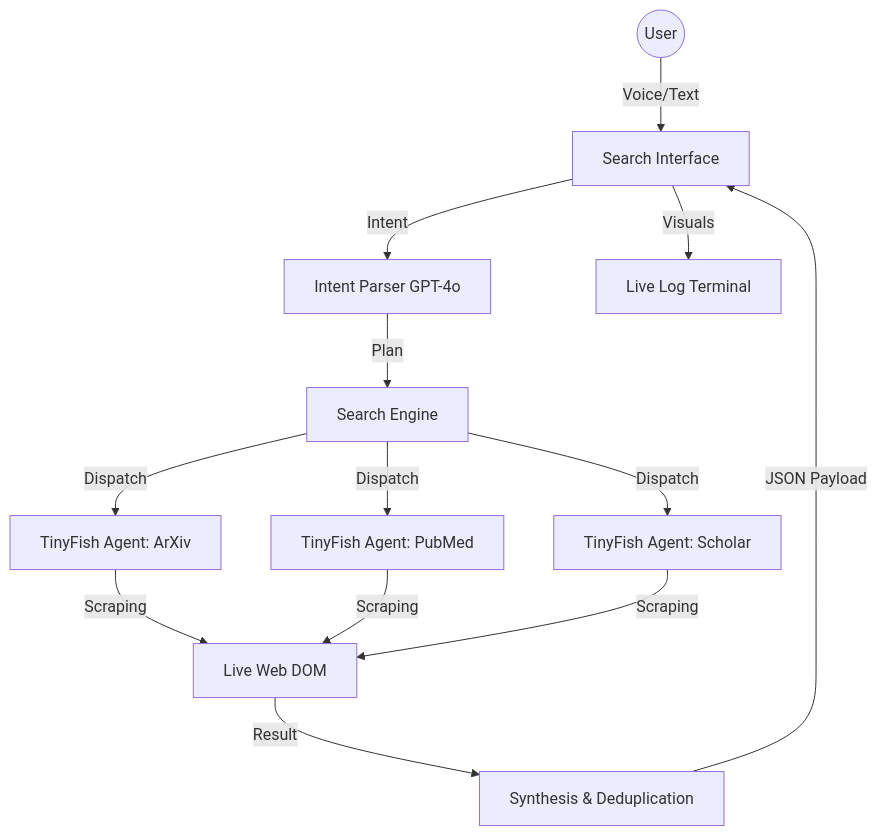
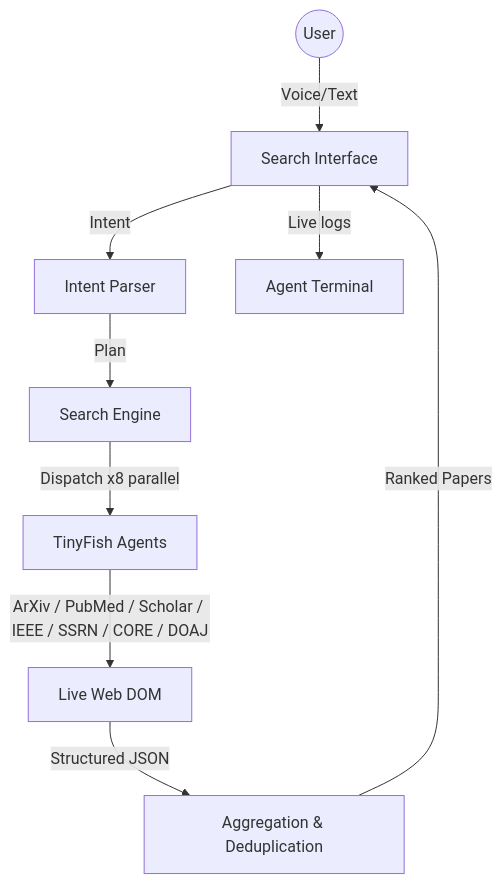
One commit to tinyfish-io/TinyFish-cookbook changed the diagram in research-sentry/README.md. Above: the diagram before and after it, drawn with Mermaid. The commit also changed other lines of this file, not shown here.

````diff
--- a/research-sentry/README.md
+++ b/research-sentry/README.md
@@ -162,15 +166,11 @@
 ```mermaid
 graph TD
   User((User)) -->|Voice/Text| UI[Search Interface]
-  UI -->|Intent| Parser[Intent Parser GPT-4o]
+  UI -->|Intent| Parser[Intent Parser]
   Parser -->|Plan| Engine[Search Engine]
-  Engine -->|Dispatch| Agent1[TinyFish Agent: ArXiv]
-  Engine -->|Dispatch| Agent2[TinyFish Agent: PubMed]
-  Engine -->|Dispatch| Agent3[TinyFish Agent: Scholar]
-  Agent1 -->|Scraping| Web[Live Web DOM]
-  Agent2 -->|Scraping| Web
-  Agent3 -->|Scraping| Web
-  Web -->|Result| Aggregator[Synthesis & Deduplication]
-  Aggregator -->|JSON Payload| UI
-  UI -->|Visuals| Terminal[Live Log Terminal]
+  Engine -->|Dispatch x8 parallel| Agents[TinyFish Agents]
+  Agents -->|ArXiv / PubMed / Scholar / IEEE / SSRN / CORE / DOAJ| Web[Live Web DOM]
+  Web -->|Structured JSON| Aggregator[Aggregation & Deduplication]
+  Aggregator -->|Ranked Papers| UI
+  UI -->|Live logs| Terminal[Agent Terminal]
 ```
````
